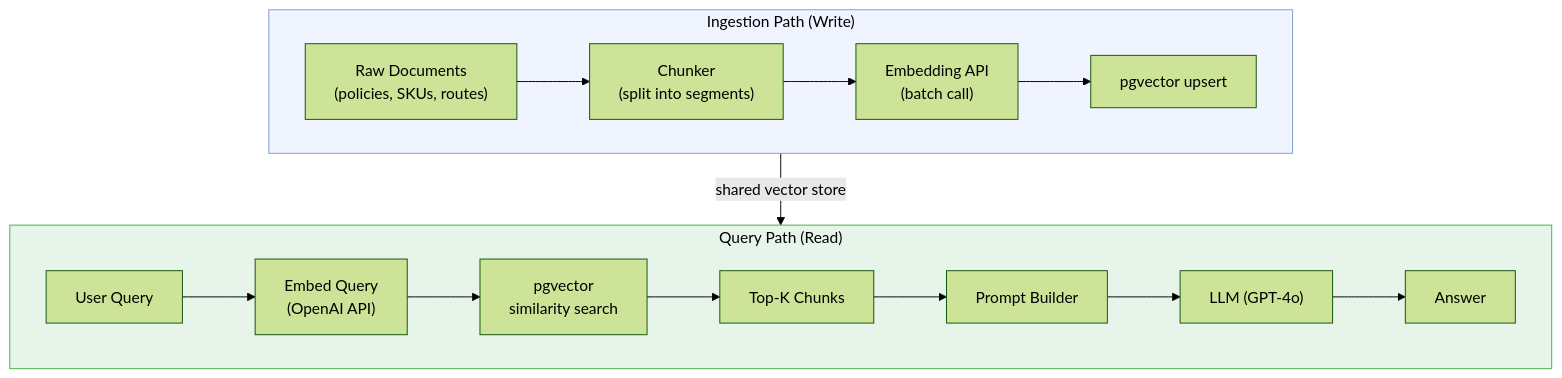
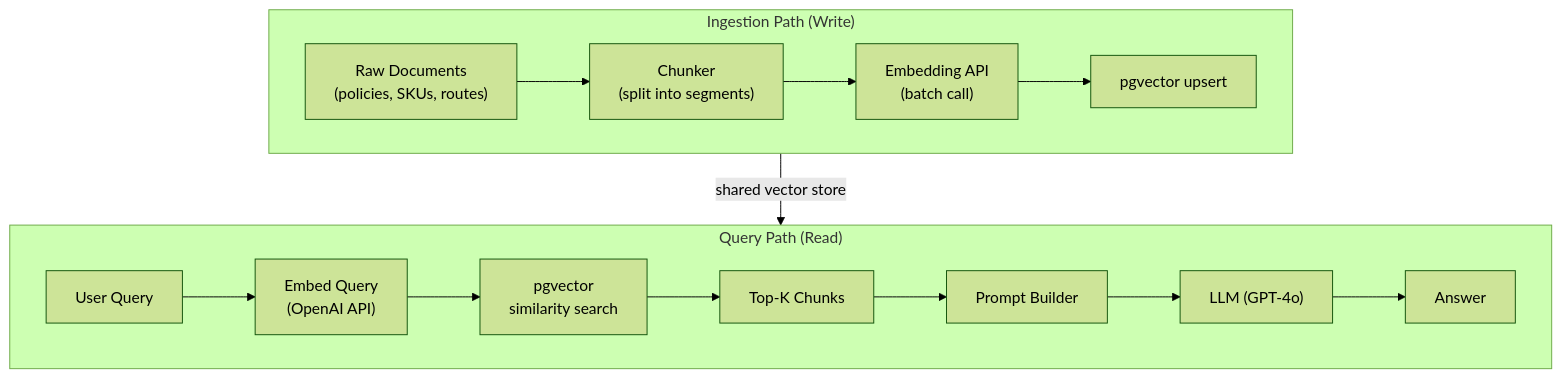
Before and after one commit to bchassoul/notes: the third of 6 diagrams in docs/notes/semantic-search-vectors.md, drawn with Mermaid (forest theme). The commit also changed other lines of this file and 9 other files, not shown here.

Commit message:
Add diagrams and visual improvements across all notes

````diff
--- a/docs/notes/semantic-search-vectors.md
+++ b/docs/notes/semantic-search-vectors.md
@@ -333,24 +320,22 @@
 ```mermaid
 flowchart TD
     subgraph Ingestion["Ingestion Path (Write)"]
         direction LR
         RAW["Raw Documents\n(policies, SKUs, routes)"] --> CHUNK["Chunker\n(split into segments)"]
         CHUNK --> EMBED_API["Embedding API\n(batch call)"]
         EMBED_API --> UPSERT["pgvector upsert"]
     end
 
     subgraph Query["Query Path (Read)"]
         direction LR
         USER["User Query"] --> EMBED_Q["Embed Query\n(OpenAI API)"]
         EMBED_Q --> SEARCH["pgvector\nsimilarity search"]
         SEARCH --> TOPK["Top-K Chunks"]
         TOPK --> BUILDER["Prompt Builder"]
         BUILDER --> LLM["LLM (GPT-4o)"]
         LLM --> ANSWER["Answer"]
     end
 
     UPSERT -->|"shared vector store"| SEARCH
 
-    style Ingestion fill:#f0f4ff,stroke:#7b9cde,color:#000
-    style Query fill:#e6f4ea,stroke:#4caf50,color:#000
 ```
````
